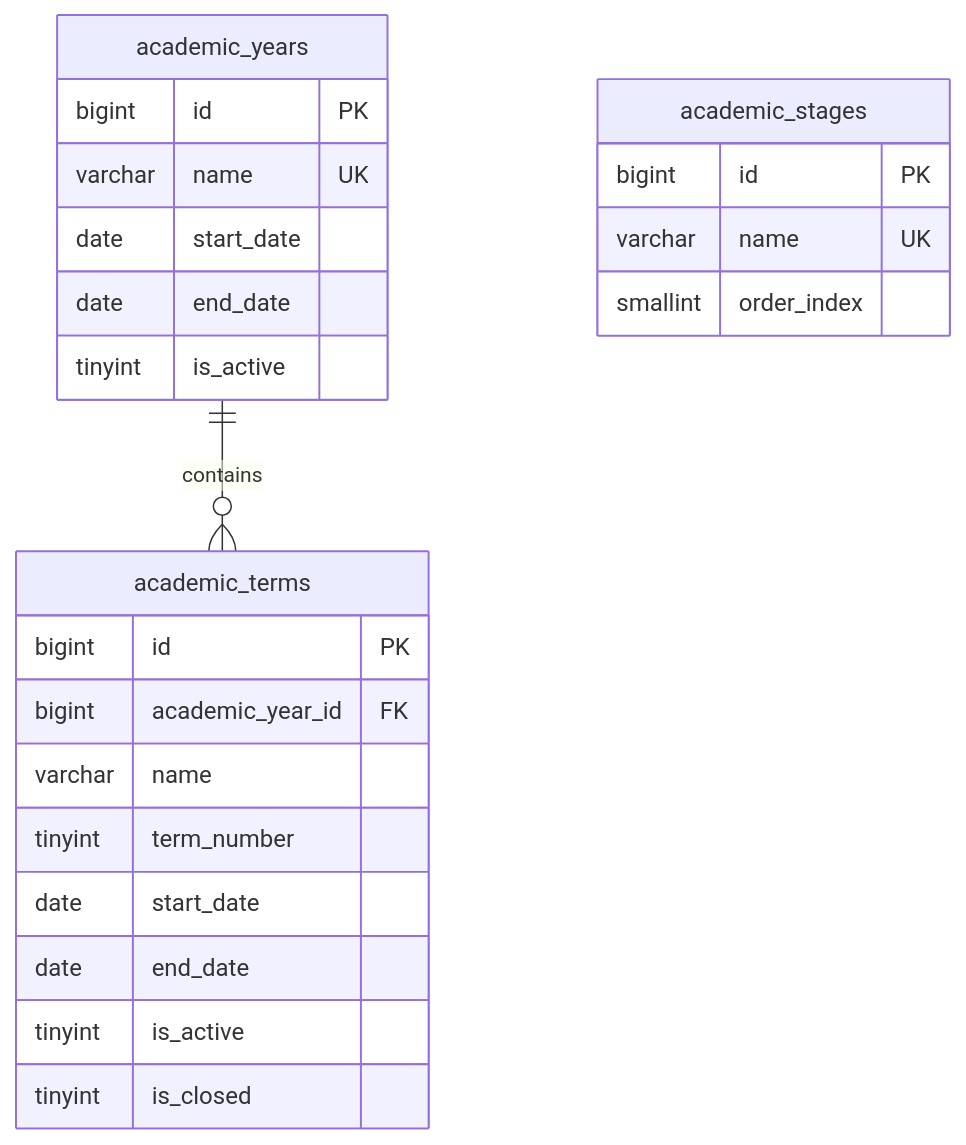
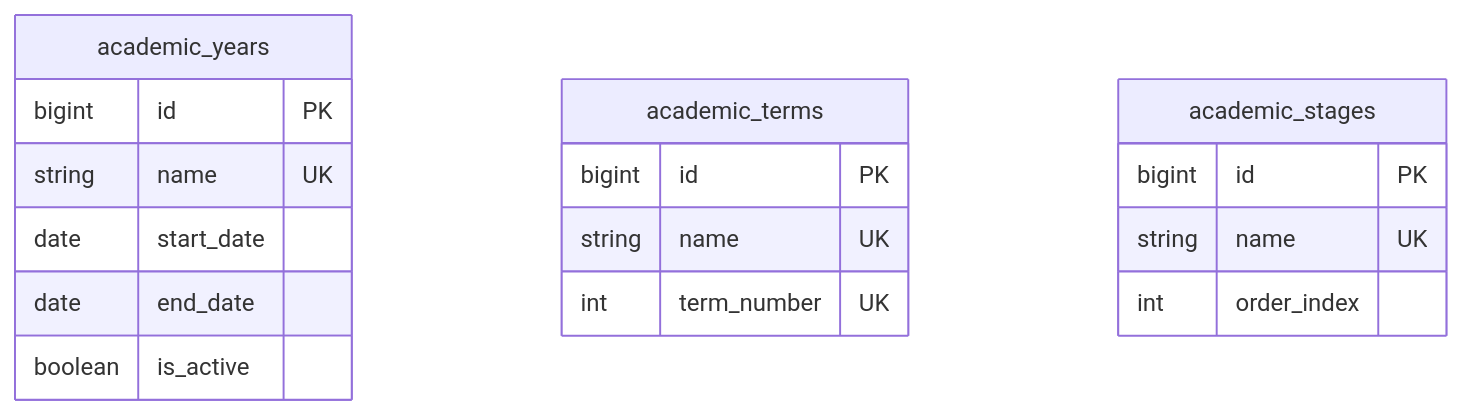
One commit to alalemusa98-ctrl/Taqniya-SMS changed the diagram in MD/phases/phase_02_academic_structure_a/data.md. Above: the diagram before and after it, drawn with Mermaid. The commit also changed other lines of this file and 14 other files, not shown here.

````diff
--- a/MD/phases/phase_02_academic_structure_a/data.md
+++ b/MD/phases/phase_02_academic_structure_a/data.md
@@ -85,26 +77,22 @@
 ```mermaid
 erDiagram
-    academic_years ||--o{ academic_terms : "contains"
+    academic_years {
+        bigint id PK
+        string name UK
+        date start_date
+        date end_date
+        boolean is_active
+    }
+
+    academic_terms {
+        bigint id PK
+        string name UK
+        int term_number UK
+    }
+
     academic_stages {
         bigint id PK
-        varchar name UK
-        smallint order_index
-    }
-    academic_years {
-        bigint id PK
-        varchar name UK
-        date start_date
-        date end_date
-        tinyint is_active
-    }
-    academic_terms {
-        bigint id PK
-        bigint academic_year_id FK
-        varchar name
-        tinyint term_number
-        date start_date
-        date end_date
-        tinyint is_active
-        tinyint is_closed
+        string name UK
+        int order_index
     }
 ```
````
